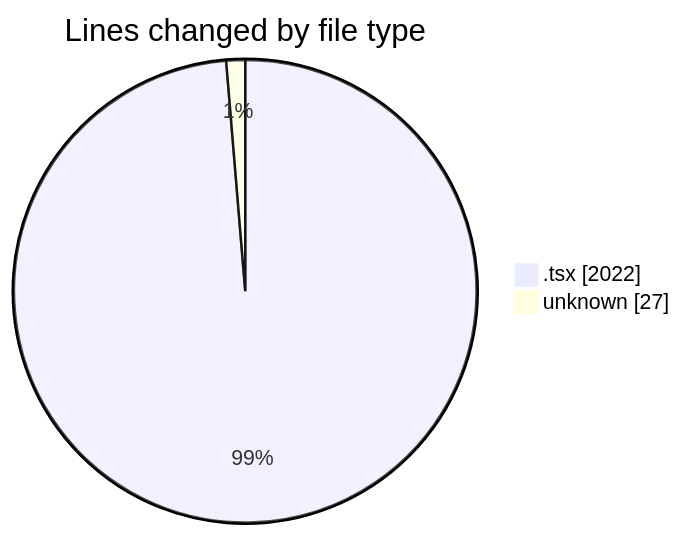
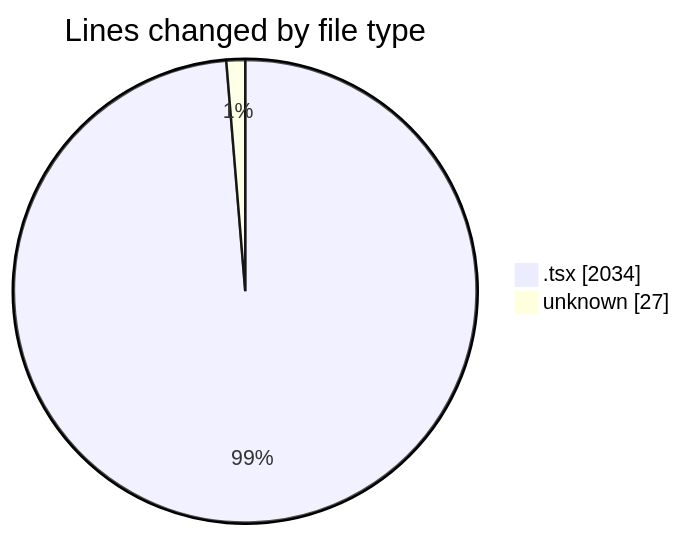
One commit to JenPaints/code-tracking changed the first of 2 diagrams in 2025-05-29/kimberly-groups/README.md. Above: the diagram before and after it, drawn with Mermaid. The commit also changed other lines of this file and 1 other file, not shown here.

````diff
--- a/2025-05-29/kimberly-groups/README.md
+++ b/2025-05-29/kimberly-groups/README.md
@@ -27,6 +27,6 @@
 ```mermaid
 pie showData
 title Lines changed by file type
-".tsx" : 2022
+".tsx" : 2034
 "unknown" : 27
 ```
````
